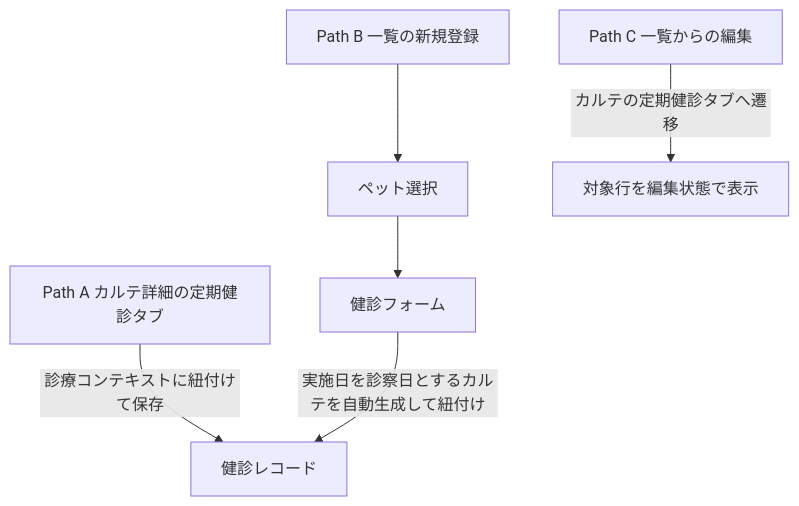
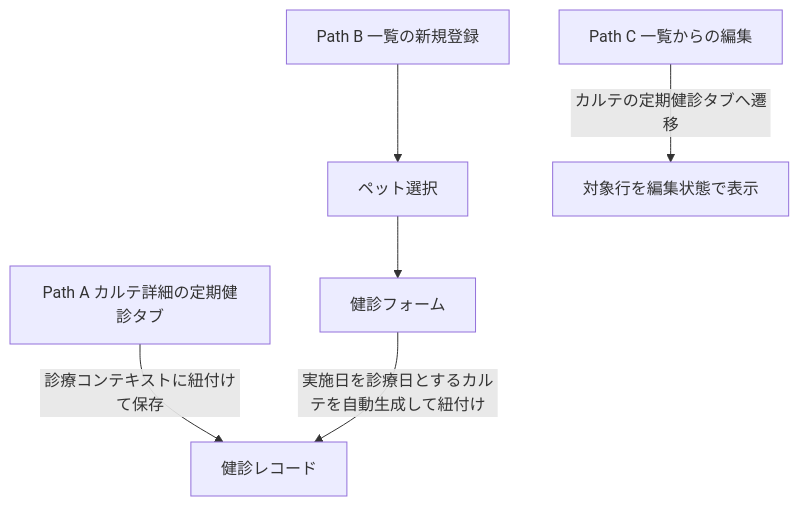
The diagram in docs/spec/screens/25-checkups-list.md (MinoruSoga/AnimalEkarte), drawn with Mermaid before and after one commit. The commit also changed other lines of this file and 276 other files, not shown here.

````diff
--- a/docs/spec/screens/25-checkups-list.md
+++ b/docs/spec/screens/25-checkups-list.md
@@ -17,7 +17,7 @@
 ```mermaid
 flowchart TB
     A["Path A カルテ詳細の定期健診タブ"] -->|診療コンテキストに紐付けて保存| S["健診レコード"]
     B["Path B 一覧の新規登録"] --> Pet["ペット選択"] --> F["健診フォーム"]
-    F -->|実施日を診察日とするカルテを自動生成して紐付け| S
+    F -->|実施日を診療日とするカルテを自動生成して紐付け| S
     C["Path C 一覧からの編集"] -->|カルテの定期健診タブへ遷移| E["対象行を編集状態で表示"]
 ```
````
